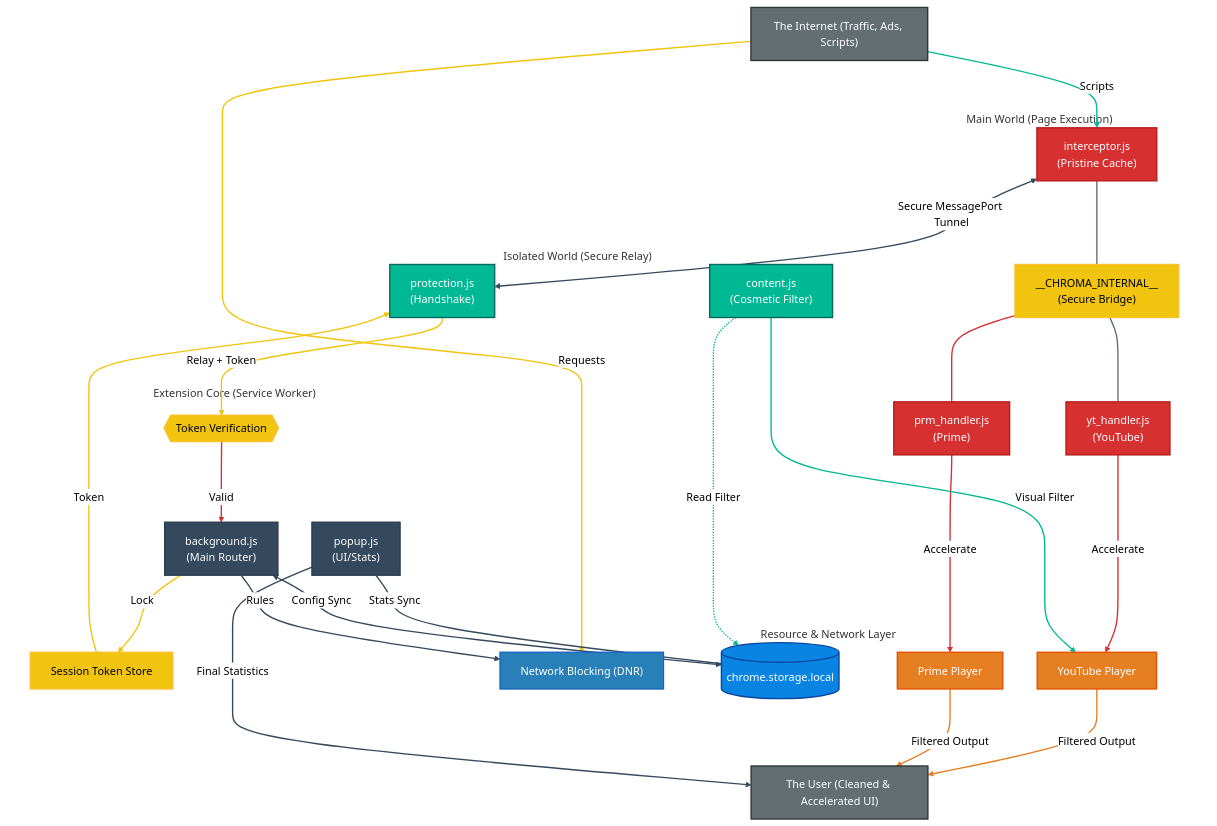
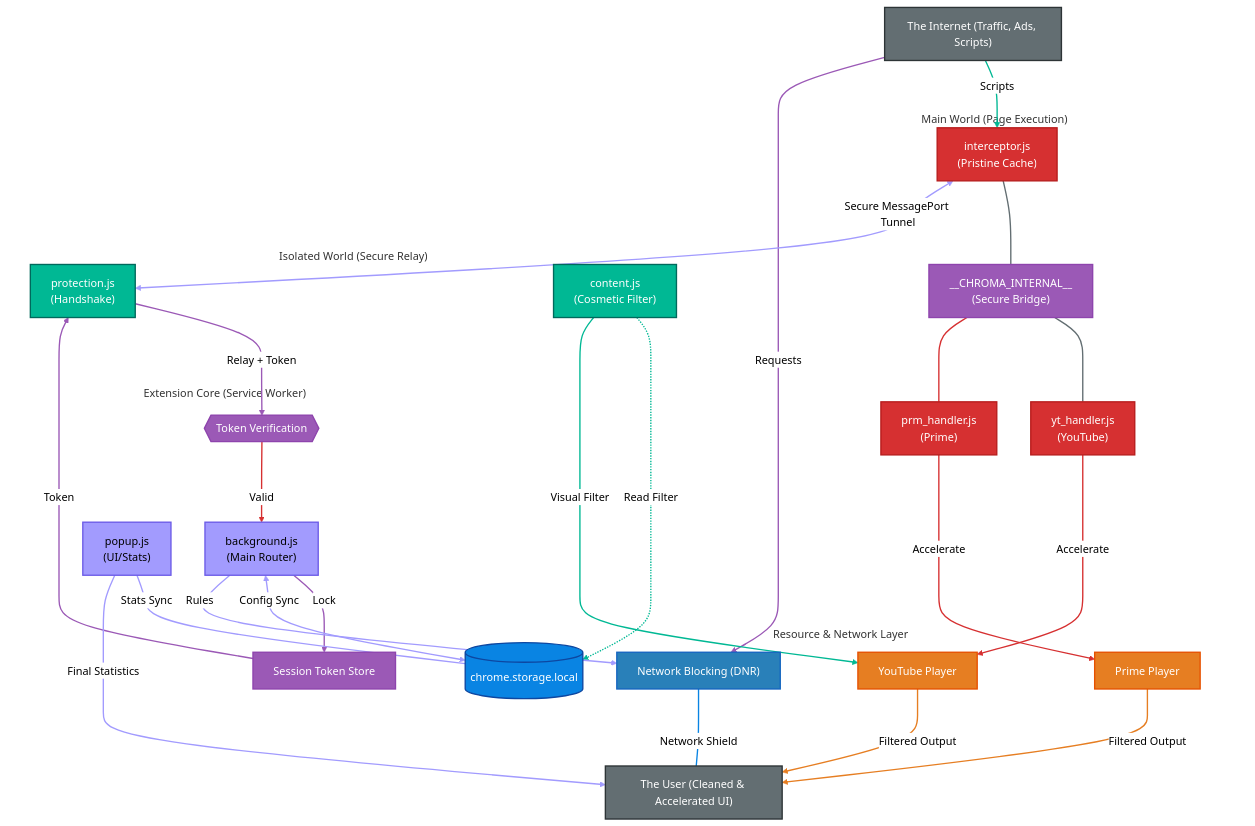
The diagram in README.md (Dabrogost/Chroma-Ad-Blocker), drawn with Mermaid (neutral theme) before and after one commit. The commit also changed other lines of this file, not shown here.

````diff
--- a/README.md
+++ b/README.md
@@ -25,12 +25,12 @@
 ```mermaid
 graph TD
-    classDef sw fill:#34495e,color:#fff,stroke:#2c3e50,stroke-width:2px
+    classDef sw fill:#a29bfe,color:#000,stroke:#6c5ce7,stroke-width:2px
     classDef storage fill:#0984e3,color:#fff,stroke:#0d47a1,stroke-width:2px
     classDef isolated fill:#00b894,color:#fff,stroke:#00695c,stroke-width:2px
     classDef main fill:#d63031,color:#fff,stroke:#b71c1c,stroke-width:2px
     classDef dnr fill:#2980b9,color:#fff,stroke:#1565c0,stroke-width:2px
     classDef dom fill:#e67e22,color:#fff,stroke:#e65100,stroke-width:2px
-    classDef secure fill:#f1c40f,color:#000,stroke:#fbc02d,stroke-width:2px
+    classDef secure fill:#9b59b6,color:#fff,stroke:#8e44ad,stroke-width:2px
     classDef actor fill:#636e72,color:#fff,stroke:#2d3436,stroke-width:2px
 
     %% --- STACK 0: INPUT (CENTERED TOP) ---
@@ -92,6 +92,7 @@
 
     %% Control & Action
     BS -- "Rules" --> DNR
+    DNR ---|"Network Shield"| USER
     CS_YT ==>|"Accelerate"| YT_DOM
     CS_PV ==>|"Accelerate"| PV_DOM
     CS_GEN ==>|"Visual Filter"| YT_DOM
@@ -104,15 +105,17 @@
     %% Internet: Grey (#636e72)
     linkStyle 0,1 stroke:#636e72,stroke-width:2px;
     %% Main World: Red (#d63031)
-    linkStyle 2,7,14,15 stroke:#d63031,stroke-width:2px;
+    linkStyle 2,7,15,16 stroke:#d63031,stroke-width:2px;
     %% Isolated World: Green (#00b894)
-    linkStyle 3,12,16 stroke:#00b894,stroke-width:2px;
-    %% Secure Paths: Gold (#f1c40f)
-    linkStyle 4,6,8,9 stroke:#f1c40f,stroke-width:2px;
-    %% Core/SW Paths: Slate (#34495e)
-    linkStyle 5,10,11,13,19 stroke:#34495e,stroke-width:2px;
+    linkStyle 3,12,17 stroke:#00b894,stroke-width:2px;
+    %% Secure Paths: Purple (#9b59b6)
+    linkStyle 4,6,8,9 stroke:#9b59b6,stroke-width:2px;
+    %% Core/SW Paths: Lavender (#a29bfe)
+    linkStyle 5,10,11,13,20 stroke:#a29bfe,stroke-width:2px;
+    %% Infrastructure Paths: Blue (#0984e3)
+    linkStyle 14 stroke:#0984e3,stroke-width:2px;
     %% DOM Outputs: Orange (#e67e22)
-    linkStyle 17,18 stroke:#e67e22,stroke-width:2px;
+    linkStyle 18,19 stroke:#e67e22,stroke-width:2px;
 
     %% --- HIDE SUBGRAPH BOXES ---
     style MW fill:none,stroke:none
````
